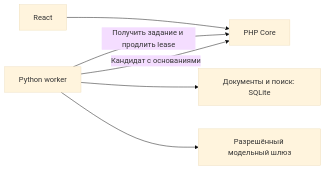
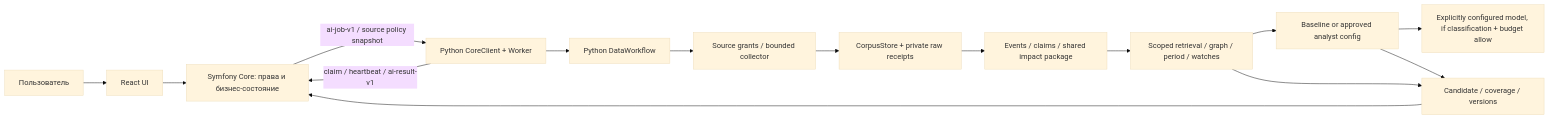
One commit to MrHolly0/alfa-business-context changed the diagram in docs/architecture.md. Above: the diagram before and after it, drawn with Mermaid (base theme). The commit also changed other lines of this file and 114 other files, not shown here.

````diff
--- a/docs/architecture.md
+++ b/docs/architecture.md
@@ -9,8 +5,17 @@
 ```mermaid
 flowchart LR
-    UI[React] --> PHP[PHP Core]
-    PY[Python worker] -->|Получить задание и продлить lease| PHP
-    PY -->|Кандидат с основаниями| PHP
-    PY --> CORPUS[Документы и поиск: SQLite]
-    PY --> LLM[Разрешённый модельный шлюз]
+    User[Пользователь] --> UI[React UI]
+    UI --> PHP[Symfony Core: права и бизнес-состояние]
+    PHP -->|ai-job-v1 / source policy snapshot| Worker[Python CoreClient + Worker]
+    Worker -->|claim / heartbeat / ai-result-v1| PHP
+    Worker --> Workflow[Python DataWorkflow]
+    Workflow --> Collect[Source grants / bounded collector]
+    Collect --> Corpus[CorpusStore + private raw receipts]
+    Corpus --> Events[Events / claims / shared impact package]
+    Events --> Research[Scoped retrieval / graph / period / watches]
+    Research --> Analysts[Baseline or approved analyst config]
+    Analysts --> LLM[Explicitly configured model, if classification + budget allow]
+    Research --> Result[Candidate / coverage / versions]
+    Analysts --> Result
+    Result --> PHP
 ```
````
